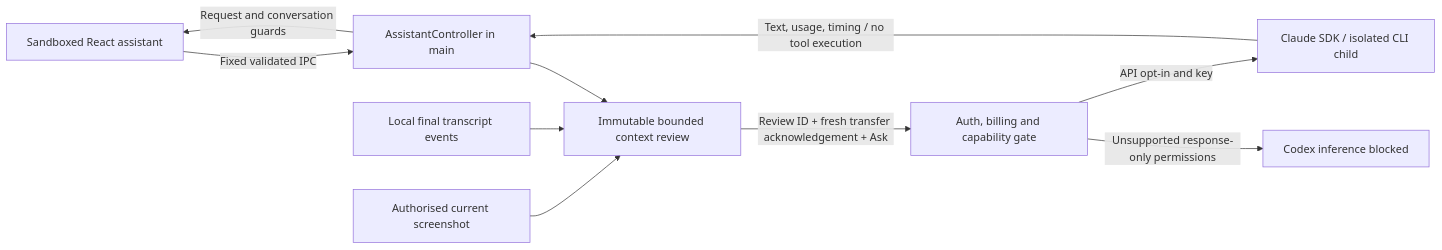
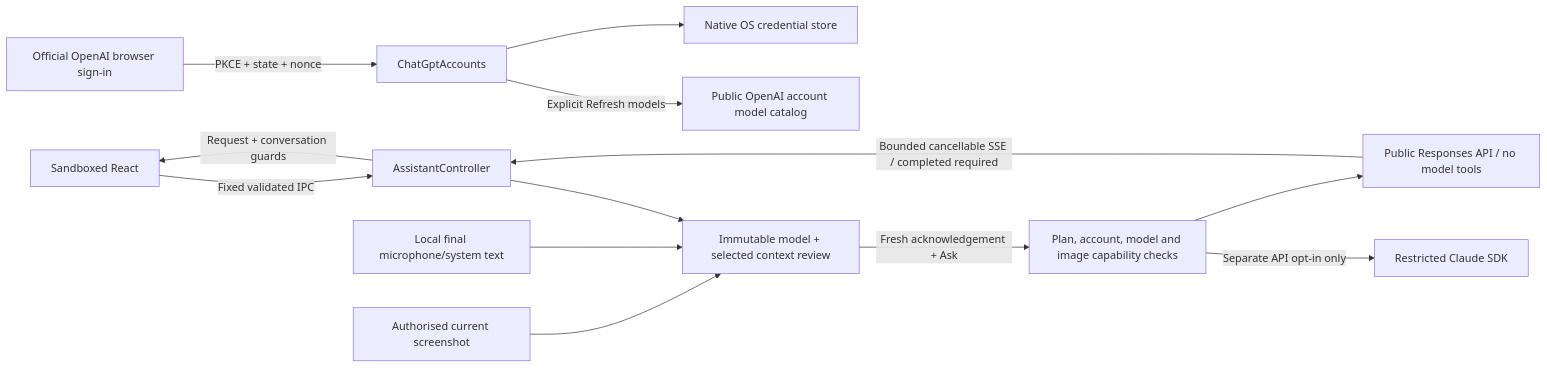
Before and after one commit to Vavoss123/EveryHint: the third of 3 diagrams in docs/ARCHITECTURE.md, drawn with Mermaid. The commit also changed other lines of this file and 29 other files, not shown here.

Commit message:
feat: enable EveryHint ChatGPT inference

````diff
--- a/docs/ARCHITECTURE.md
+++ b/docs/ARCHITECTURE.md
@@ -143,12 +145,15 @@
 ```mermaid
 flowchart LR
-  UI[Sandboxed React assistant] -->|Fixed validated IPC| Controller[AssistantController in main]
-  Capture[Authorised current screenshot] --> Review[Immutable bounded context review]
-  Speech[Local final transcript events] --> Review
-  Controller --> Review
-  Review -->|Review ID + fresh transfer acknowledgement + Ask| Gate[Auth, billing and capability gate]
-  Gate -->|API opt-in and key| Claude[Claude SDK / isolated CLI child]
-  Gate -->|Unsupported response-only permissions| Block[Codex inference blocked]
-  Claude -->|Text, usage, timing / no tool execution| Controller
-  Controller -->|Request and conversation guards| UI
+  UI[Sandboxed React] -->|Fixed validated IPC| Main[AssistantController]
+  Browser[Official OpenAI browser sign-in] -->|PKCE + state + nonce| Accounts[ChatGptAccounts]
+  Accounts --> Vault[Native OS credential store]
+  Accounts -->|Explicit Refresh models| Models[Public OpenAI account model catalog]
+  Screen[Authorised current screenshot] --> Review[Immutable model + selected context review]
+  Speech[Local final microphone/system text] --> Review
+  Main --> Review
+  Review -->|Fresh acknowledgement + Ask| Gate[Plan, account, model and image capability checks]
+  Gate --> Responses[Public Responses API / no model tools]
+  Responses -->|Bounded cancellable SSE / completed required| Main
+  Gate -->|Separate API opt-in only| Claude[Restricted Claude SDK]
+  Main -->|Request + conversation guards| UI
 ```
````
